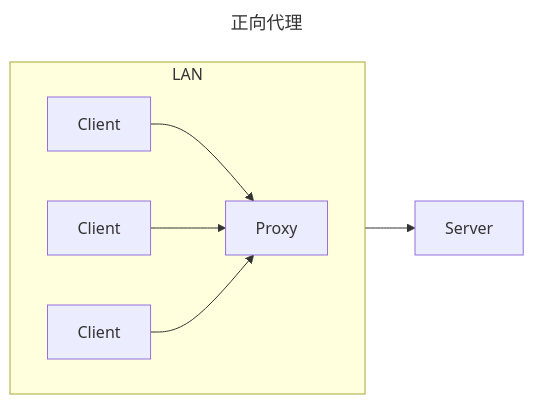
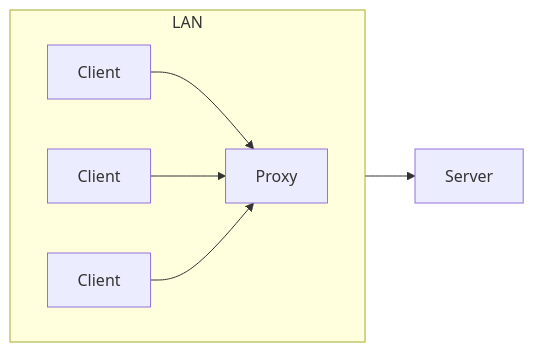
The first of 2 diagrams in web/proxy.md (haroldzkx/minedocs), drawn with Mermaid before and after one commit. The commit also changed other lines of this file and 5 other files, not shown here.

````diff
--- a/web/proxy.md
+++ b/web/proxy.md
@@ -3,21 +3,18 @@
 ```mermaid
----
-title: 正向代理
----
 graph LR
 
 subgraph LAN
     direction LR
     A[Client]
     B[Client]
     C[Client]
     D[Proxy]
 end
 
 E[Server]
 
 A --> D
 B --> D
 C --> D
 D --> E
 ```
````
